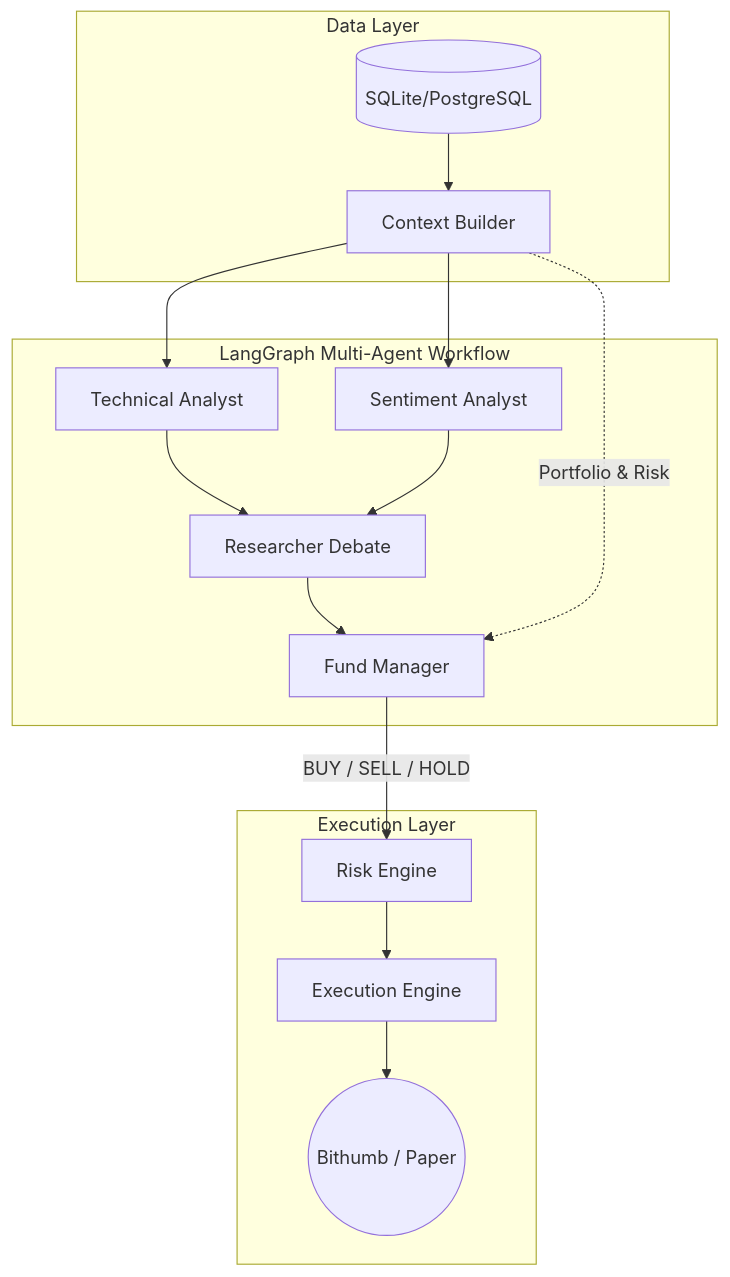
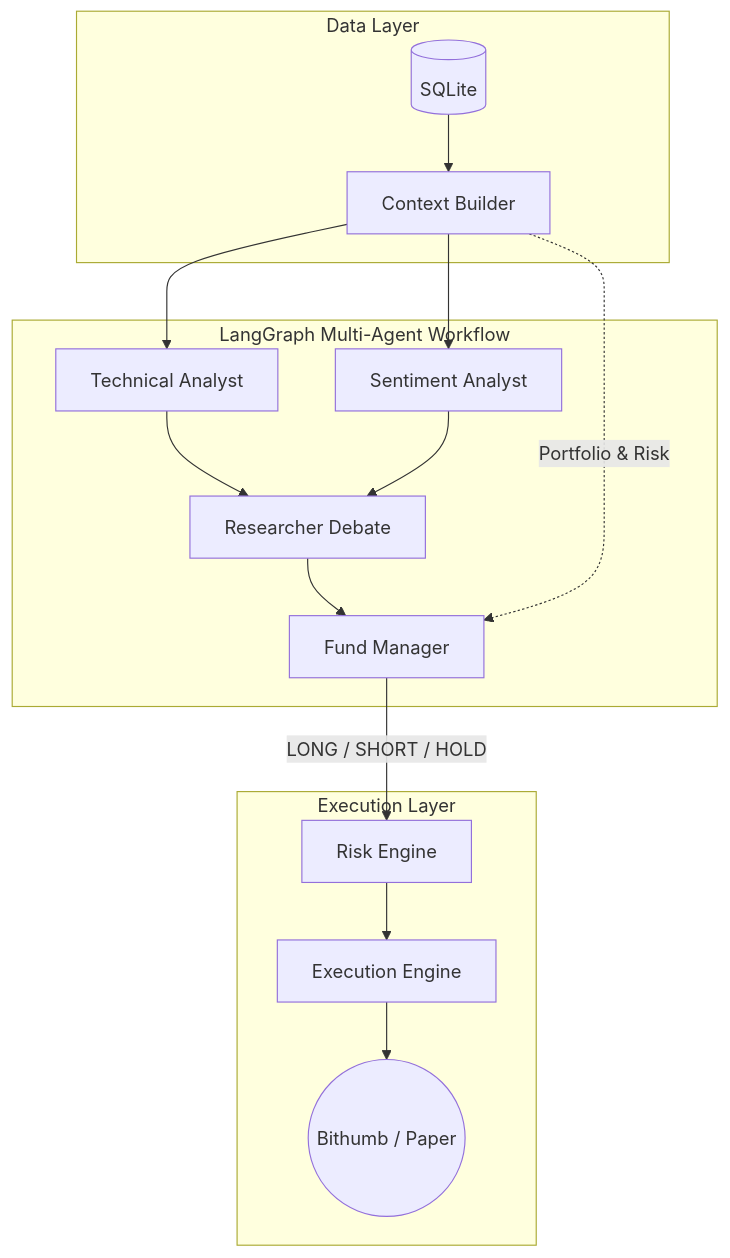
Before and after one commit to Jacob-9909/OpenTrading: the diagram in README.md, drawn with Mermaid. The commit also changed other lines of this file, not shown here.

Commit message:
fix: update README to reflect changes in trading signals and system architecture

````diff
--- a/README.md
+++ b/README.md
@@ -17,21 +17,21 @@
 ```mermaid
 graph TD
     subgraph Data Layer
-        DB[(SQLite/PostgreSQL)] --> Context[Context Builder]
+        DB[(SQLite)] --> Context[Context Builder]
     end
 
     subgraph LangGraph Multi-Agent Workflow
         Context --> Tech[Technical Analyst]
         Context --> Sent[Sentiment Analyst]
         Tech --> Debate[Researcher Debate]
         Sent --> Debate
         Debate --> Fund[Fund Manager]
         Context -. Portfolio & Risk .-> Fund
     end
 
     subgraph Execution Layer
-        Fund -- BUY / SELL / HOLD --> Risk[Risk Engine]
+        Fund -- LONG / SHORT / HOLD --> Risk[Risk Engine]
         Risk --> Exec[Execution Engine]
         Exec --> Exchange((Bithumb / Paper))
     end
 ```
````
